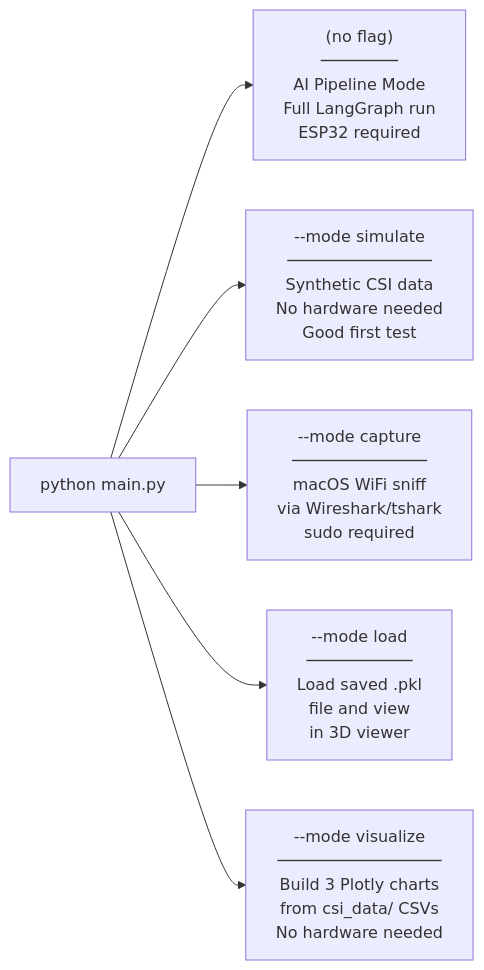
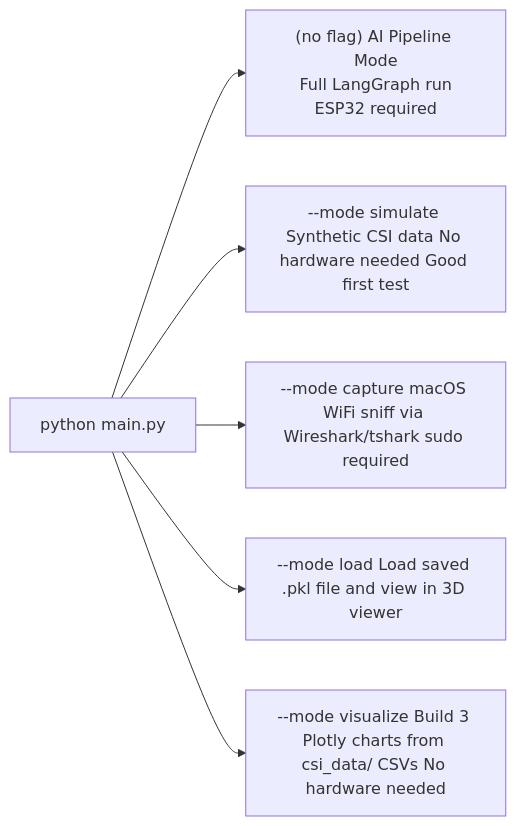
The sixth of 7 diagrams in PROJECT_FLOW.md (Fairtexas5/AetherScan-Seance), drawn with Mermaid before and after one commit. The commit also changed other lines of this file and 5 other files, not shown here.

````diff
--- a/PROJECT_FLOW.md
+++ b/PROJECT_FLOW.md
@@ -156,16 +156,16 @@
 ```mermaid
 flowchart LR
     MAIN["python main.py"]
 
-    M1["(no flag)\n────────\nAI Pipeline Mode\nFull LangGraph run\nESP32 required"]
-    M2["--mode simulate\n───────────────\nSynthetic CSI data\nNo hardware needed\nGood first test"]
-    M3["--mode capture\n──────────────\nmacOS WiFi sniff\nvia Wireshark/tshark\nsudo required"]
-    M4["--mode load\n───────────\nLoad saved .pkl\nfile and view\nin 3D viewer"]
-    M5["--mode visualize\n─────────────────\nBuild 3 Plotly charts\nfrom csi_data/ CSVs\nNo hardware needed"]
+    M1["(no flag) AI Pipeline Mode\nFull LangGraph run\nESP32 required"]
+    M2["--mode simulate Synthetic CSI data No hardware needed Good first test"]
+    M3["--mode capture macOS WiFi sniff via Wireshark/tshark sudo required"]
+    M4["--mode load Load saved .pkl file and view in 3D viewer"]
+    M5["--mode visualize Build 3 Plotly charts from csi_data/ CSVs No hardware needed"]
 
     MAIN --> M1
     MAIN --> M2
     MAIN --> M3
     MAIN --> M4
     MAIN --> M5
 ```
````
